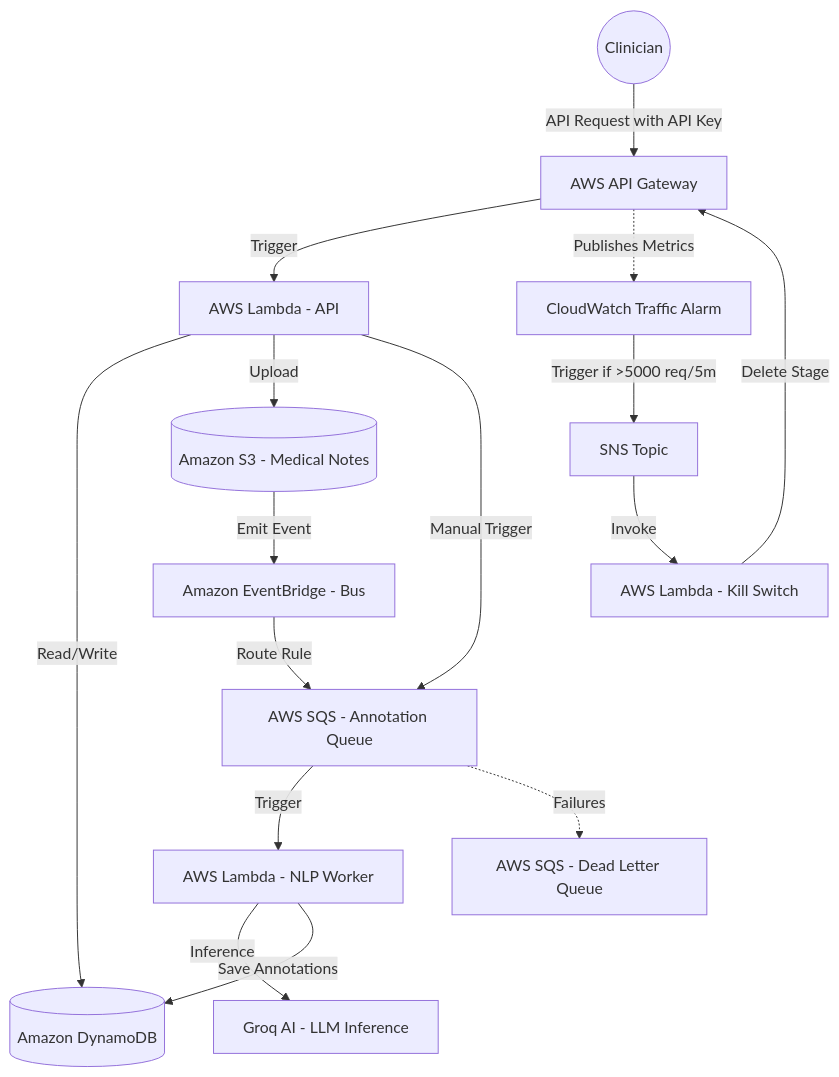
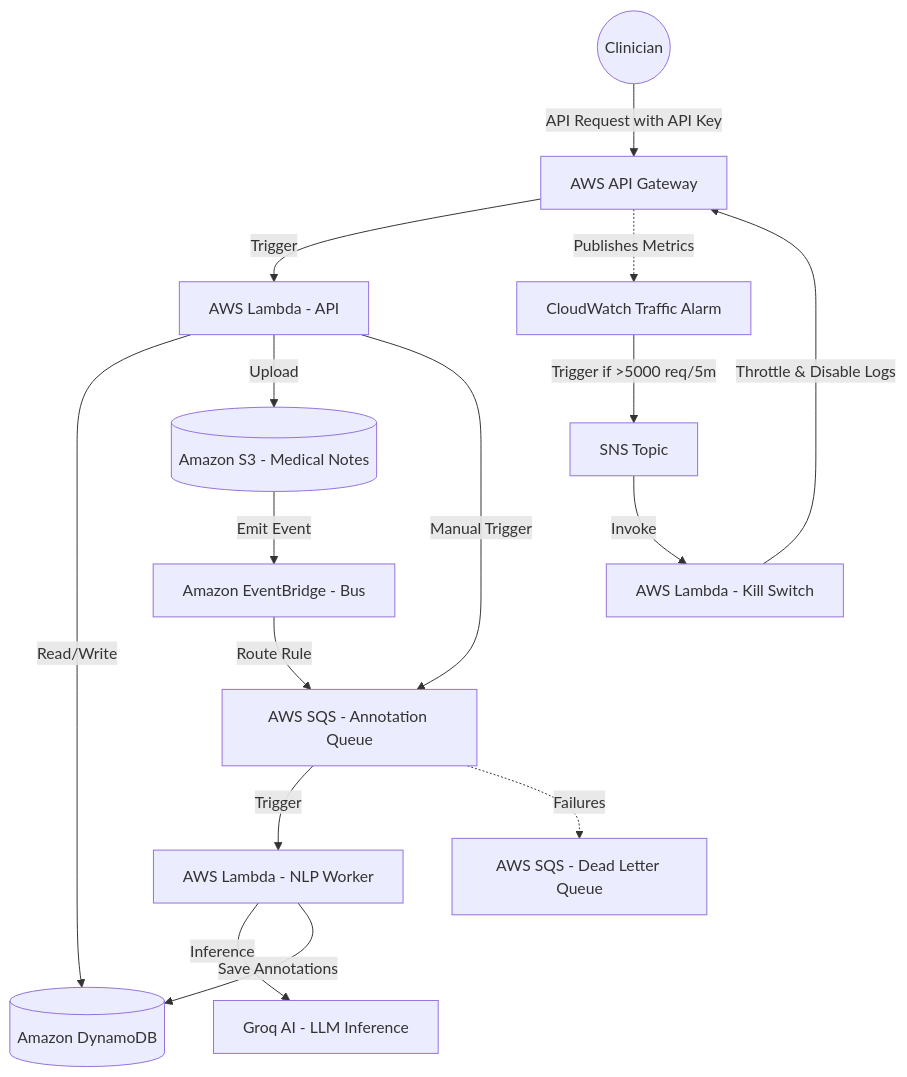
Before and after one commit to harsh-vardhhan/EHR-backend: the diagram in README.md, drawn with Mermaid. The commit also changed other lines of this file, not shown here.

Commit message:
docs: update README to document non-destructive ddos kill switch

````diff
--- a/README.md
+++ b/README.md
@@ -13,22 +13,22 @@
 ```mermaid
 graph TD
     User((Clinician)) -->|API Request with API Key| APIGateway[AWS API Gateway]
     APIGateway -->|Trigger| LambdaAPI[AWS Lambda - API]
     LambdaAPI -->|Read/Write| DynamoDB[(Amazon DynamoDB)]
     LambdaAPI -->|Upload| S3[(Amazon S3 - Medical Notes)]
     LambdaAPI -->|Manual Trigger| SQS[AWS SQS - Annotation Queue]
 
     S3 -->|Emit Event| EB[Amazon EventBridge - Bus]
     EB -->|Route Rule| SQS[AWS SQS - Annotation Queue]
     SQS -->|Trigger| LambdaWorker[AWS Lambda - NLP Worker]
     SQS -.->|Failures| DLQ[AWS SQS - Dead Letter Queue]
     
     LambdaWorker -->|Inference| Groq[Groq AI - LLM Inference]
     LambdaWorker -->|Save Annotations| DynamoDB
 
     %% DDoS Protection
     APIGateway -.->|Publishes Metrics| CWAlarm[CloudWatch Traffic Alarm]
     CWAlarm -->|Trigger if >5000 req/5m| SNS[SNS Topic]
     SNS -->|Invoke| LambdaKillSwitch[AWS Lambda - Kill Switch]
-    LambdaKillSwitch -->|Delete Stage| APIGateway
+    LambdaKillSwitch -->|Throttle & Disable Logs| APIGateway
 ```
````
